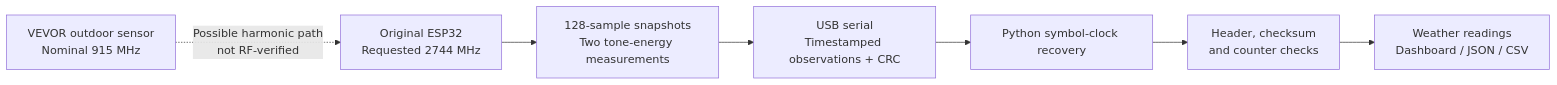
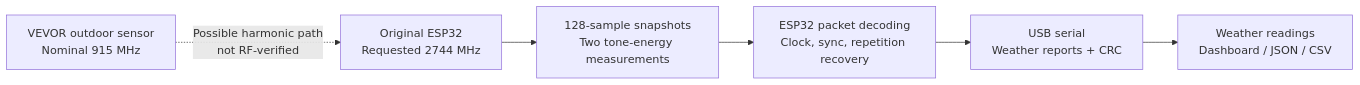
The diagram in README.md (aobeidat85/ESP32-Harmonic-RX), drawn with Mermaid before and after one commit. The commit also changed other lines of this file and 22 other files, not shown here.

Commit message:
Decode VEVOR packets onboard and transfer weather reports

````diff
--- a/README.md
+++ b/README.md
@@ -19,9 +19,8 @@
 ```mermaid
 flowchart LR
   A[VEVOR outdoor sensor<br/>Nominal 915 MHz] -. Possible harmonic path<br/>not RF-verified .-> B[Original ESP32<br/>Requested 2744 MHz]
   B --> C[128-sample snapshots<br/>Two tone-energy measurements]
-  C --> D[USB serial<br/>Timestamped observations + CRC]
-  D --> E[Python symbol-clock recovery]
-  E --> F[Header, checksum<br/>and counter checks]
+  C --> D[ESP32 packet decoding<br/>Clock, sync, repetition recovery]
+  D --> F[USB serial<br/>Weather reports + CRC]
   F --> G[Weather readings<br/>Dashboard / JSON / CSV]
 ```
````
